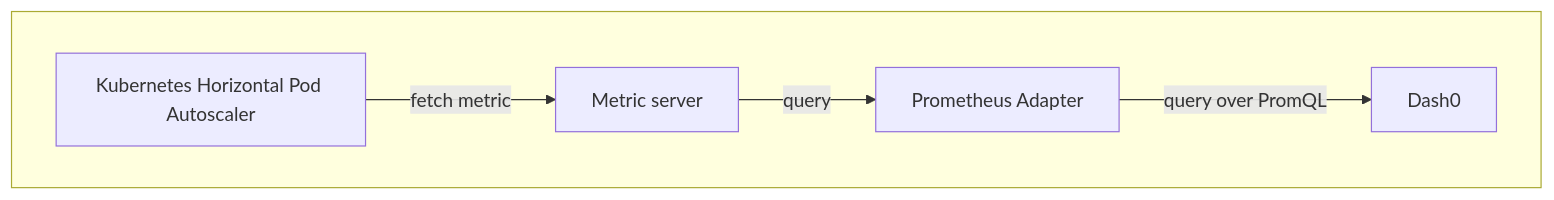
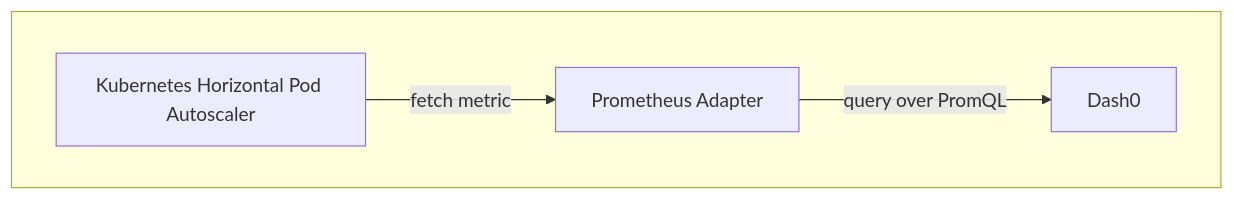
One commit to dash0hq/dash0-k8s-hpa-example changed the diagram in README.md. Above: the diagram before and after it, drawn with Mermaid.

Commit message:
Remove metric server from diagram

````diff
--- a/README.md
+++ b/README.md
@@ -24,10 +24,9 @@
 ```mermaid
 flowchart TD
 
 subgraph Z[" "]
 direction LR
-    A[Kubernetes Horizontal Pod Autoscaler] -->|fetch metric| M[Metric server]
-    M -->|query| P[Prometheus Adapter]
+    A[Kubernetes Horizontal Pod Autoscaler] -->|fetch metric| P[Prometheus Adapter]
     P -->|query over PromQL| D[Dash0]
 end
 ```
````
